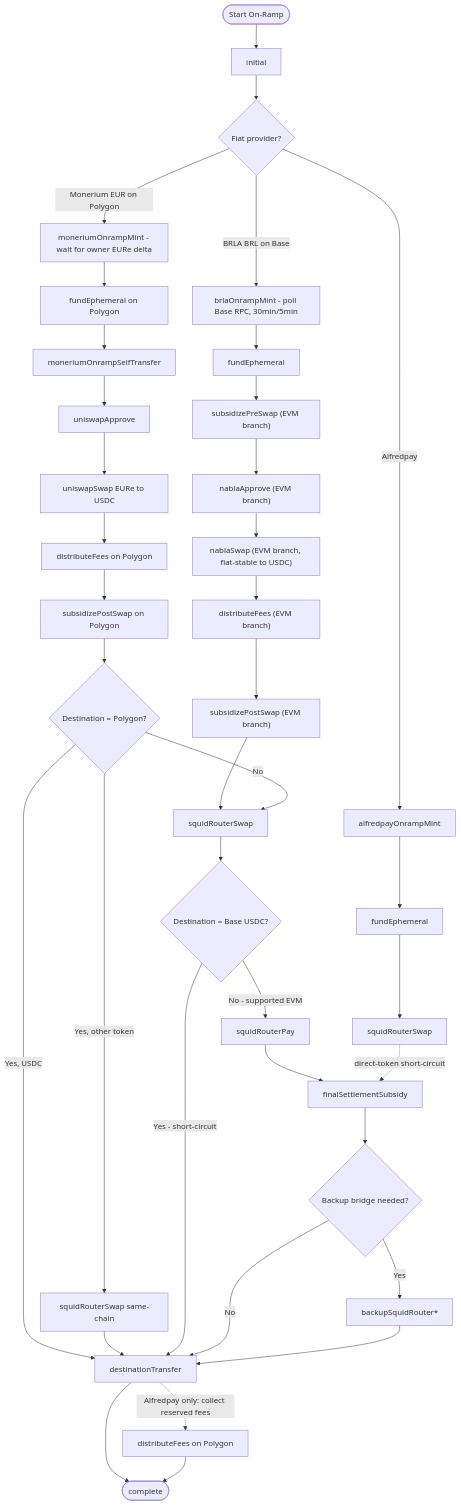
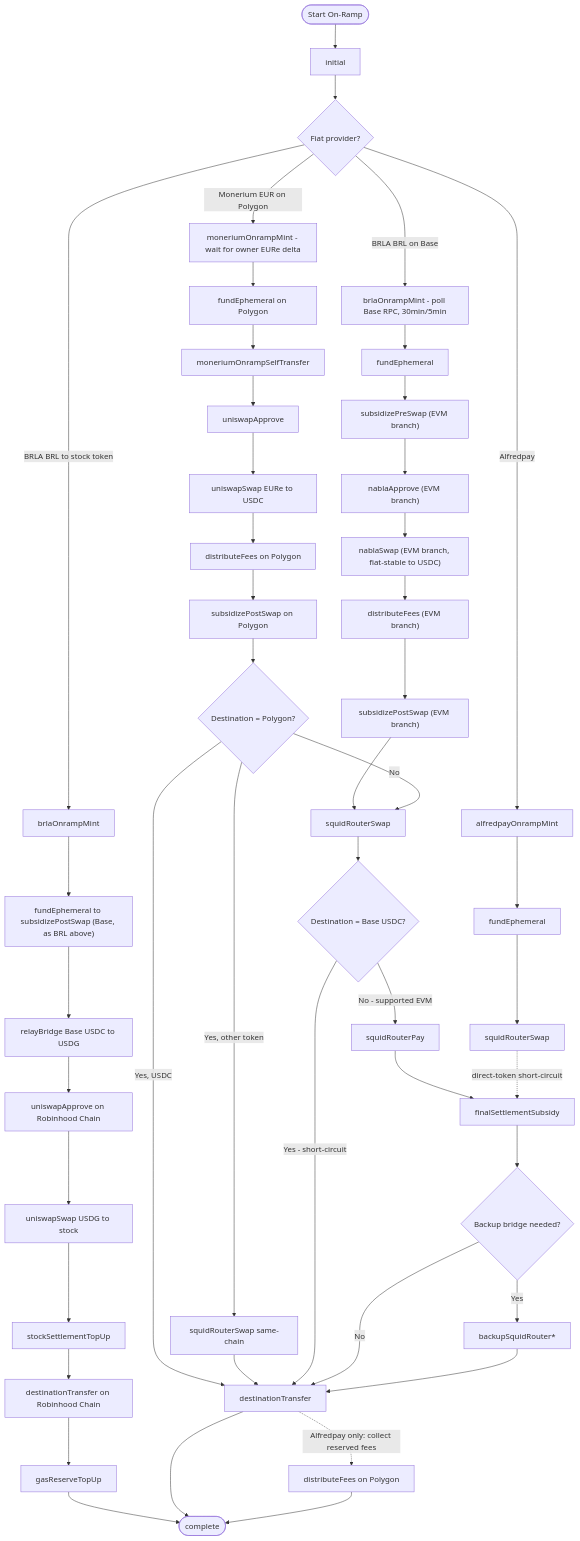
One commit to pendulum-chain/vortex changed the first of 2 diagrams in docs/security-spec/03-ramp-engine/ramp-phase-flows.md. Above: the diagram before and after it, drawn with Mermaid. The commit also changed other lines of this file and 25 other files, not shown here.

Commit message:
docs(api): document the stock token corridor

````diff
--- a/docs/security-spec/03-ramp-engine/ramp-phase-flows.md
+++ b/docs/security-spec/03-ramp-engine/ramp-phase-flows.md
@@ -81,54 +93,65 @@
 ```mermaid
 graph TD
     Start([Start On-Ramp]) --> Init[initial]
     Init --> Provider{Fiat provider?}
 
     %% --- Per-corridor fiat-watch entry phases ---
     Provider -->|BRLA BRL on Base| BrlaMint[brlaOnrampMint - poll Base RPC, 30min/5min]
     Provider -->|Monerium EUR on Polygon| MonIssue[moneriumOnrampMint - wait for owner EURe delta]
     Provider -->|Alfredpay| AfMint[alfredpayOnrampMint]
+    Provider -->|BRLA BRL to stock token| StockMint[brlaOnrampMint]
 
     %% --- BRL Base route ---
     BrlaMint --> BrlaFund[fundEphemeral]
     BrlaFund --> SubPreEvm
 
     %% --- Base-EVM swap chain (BRL) ---
     SubPreEvm["subsidizePreSwap (EVM branch)"] --> ApproveEvm["nablaApprove (EVM branch)"]
     ApproveEvm --> SwapEvm["nablaSwap (EVM branch, fiat-stable to USDC)"]
     SwapEvm --> DistEvm["distributeFees (EVM branch)"]
     DistEvm --> SubPostEvm["subsidizePostSwap (EVM branch)"]
     SubPostEvm --> SquidSwap[squidRouterSwap]
 
     %% --- Monerium Polygon route ---
     MonIssue --> MonFund[fundEphemeral on Polygon]
     MonFund --> MonTransfer[moneriumOnrampSelfTransfer]
     MonTransfer --> UniApprove[uniswapApprove]
     UniApprove --> UniSwap[uniswapSwap EURe to USDC]
     UniSwap --> MonDist[distributeFees on Polygon]
     MonDist --> MonSub[subsidizePostSwap on Polygon]
     MonSub --> MonDest{Destination = Polygon?}
     MonDest -->|No| SquidSwap
     MonDest -->|Yes, USDC| DestTransfer
     MonDest -->|Yes, other token| MonSameChain[squidRouterSwap same-chain]
     MonSameChain --> DestTransfer
 
     %% --- Destination routing (shared) ---
     SquidSwap --> Dest{Destination = Base USDC?}
     Dest -->|Yes - short-circuit| DestTransfer[destinationTransfer]
     Dest -->|No - supported EVM| SquidPay[squidRouterPay]
     SquidPay --> FinalSubsidy[finalSettlementSubsidy]
     FinalSubsidy --> Backup{Backup bridge needed?}
     Backup -->|Yes| BackupSquid[backupSquidRouter*]
     Backup -->|No| DestTransfer
     BackupSquid --> DestTransfer
 
+    %% --- Stock token route: same Base prefix as BRL, then Relay and a pinned swap on Robinhood Chain ---
+    StockMint --> StockBase["fundEphemeral to subsidizePostSwap (Base, as BRL above)"]
+    StockBase --> RelayBuy[relayBridge Base USDC to USDG]
+    RelayBuy --> StockApprove[uniswapApprove on Robinhood Chain]
+    StockApprove --> StockSwap[uniswapSwap USDG to stock]
+    StockSwap --> StockSettle[stockSettlementTopUp]
+    StockSettle --> StockDest[destinationTransfer on Robinhood Chain]
+    StockDest --> GasReserve[gasReserveTopUp]
+    GasReserve --> Complete
+
     %% --- Alfredpay branch: direct-token Polygon case short-circuits the swap, then final settlement subsidy runs before destinationTransfer ---
     AfMint --> AfFund[fundEphemeral]
     AfFund --> AfSquidSwap[squidRouterSwap]
     AfSquidSwap -.direct-token short-circuit.-> FinalSubsidy
 
     %% --- Terminal ---
     DestTransfer --> Complete([complete])
     DestTransfer -.Alfredpay only: collect reserved fees.-> AfDist[distributeFees on Polygon]
     AfDist --> Complete
 ```
````
